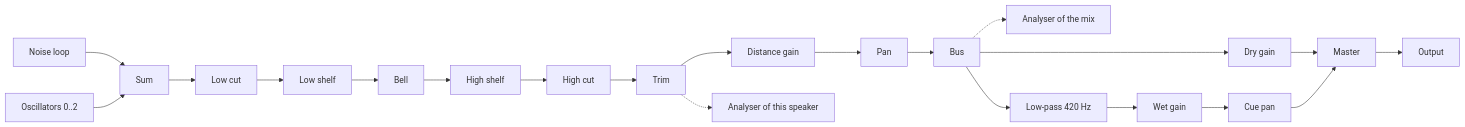
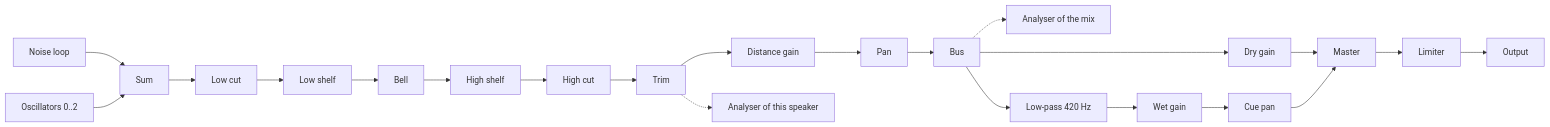
The first of 2 diagrams in docs/design/app/10-garden.md (JaceDashS/hush-garden), drawn with Mermaid before and after one commit. The commit also changed other lines of this file and 5 other files, not shown here.

First line of the commit message:
[feat] Add a soft limiter on the audio output

````diff
--- a/docs/design/app/10-garden.md
+++ b/docs/design/app/10-garden.md
@@ -40,12 +40,12 @@
 ```mermaid
 flowchart LR
     N["Noise loop"] --> S["Sum"]
     O["Oscillators 0..2"] --> S
     S --> HP["Low cut"] --> LS["Low shelf"] --> MID["Bell"] --> HS["High shelf"] --> LP["High cut"]
     LP --> T["Trim"] --> G["Distance gain"] --> P["Pan"] --> BUS["Bus"]
     T -.-> AN["Analyser of this speaker"]
     BUS -.-> MA["Analyser of the mix"]
     BUS --> DRY["Dry gain"] --> M["Master"]
     BUS --> DARK["Low-pass 420 Hz"] --> WET["Wet gain"] --> WP["Cue pan"] --> M
-    M --> OUT["Output"]
+    M --> LIM["Limiter"] --> OUT["Output"]
 ```
````
